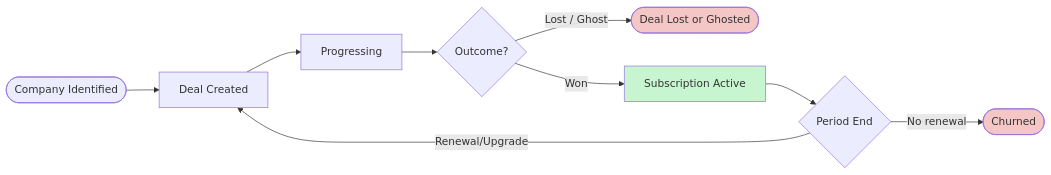
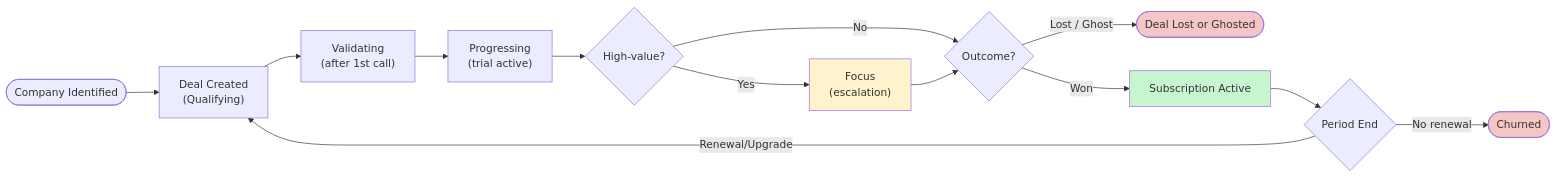
Before and after one commit to amyranotamirror/demo-dashboard: the first of 2 diagrams in dashboards/sales-dashboard/concept.md, drawn with Mermaid. The commit also changed other lines of this file and 89 other files, not shown here.

````diff
--- a/dashboards/sales-dashboard/concept.md
+++ b/dashboards/sales-dashboard/concept.md
@@ -58,18 +86,23 @@
 ```mermaid
 flowchart LR
     A([Company Identified]) --> B
 
-    B["Deal Created"]
-    B --> C[Progressing]
-    C --> H{Outcome?}
+    B["Deal Created\n(Qualifying)"]
+    B --> C["Validating\n(after 1st call)"]
+    C --> D["Progressing\n(trial active)"]
+    D --> E{High-value?}
+    E -- Yes --> F["Focus\n(escalation)"]
+    E -- No --> H{Outcome?}
+    F --> H
     H -- Lost / Ghost --> J([Deal Lost or Ghosted])
     H -- Won --> I[Subscription Active]
 
     I --> K{Period End}
     K -- No renewal --> L([Churned])
     K -- "Renewal/Upgrade" --> B
 
     style J fill:#f5c6c6
     style L fill:#f5c6c6
     style I fill:#c6f5d0
+    style F fill:#fff3cd
 ```
````
